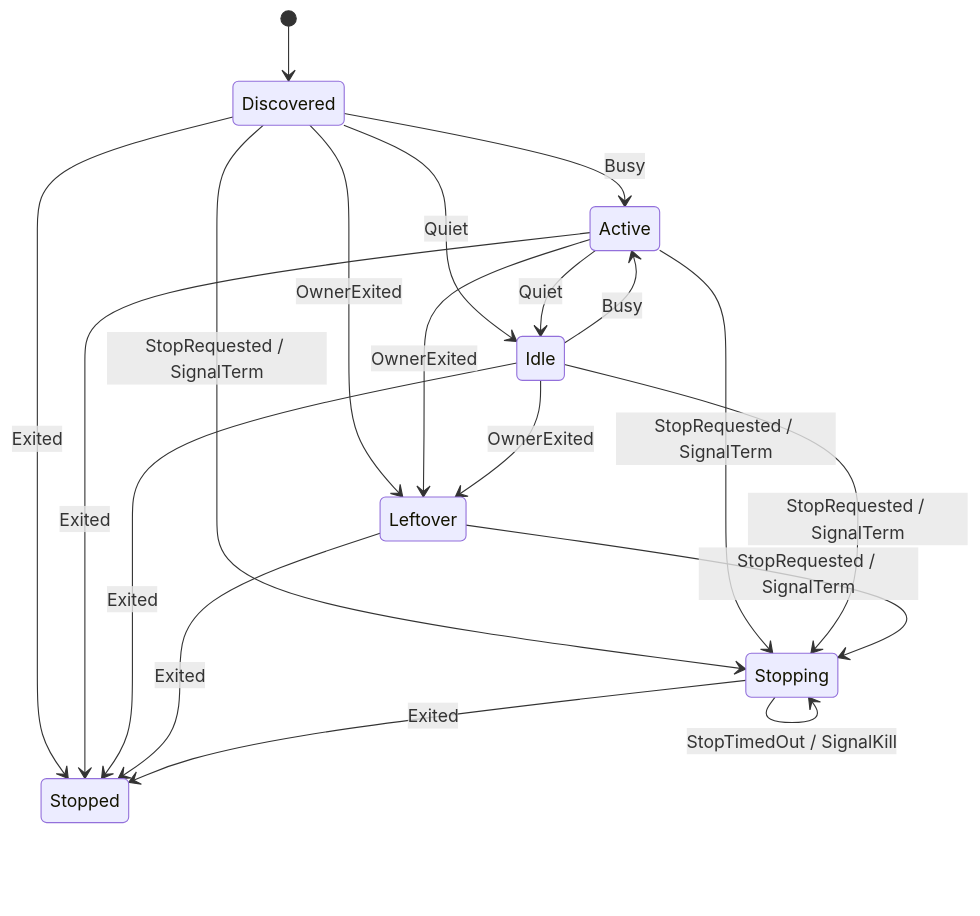
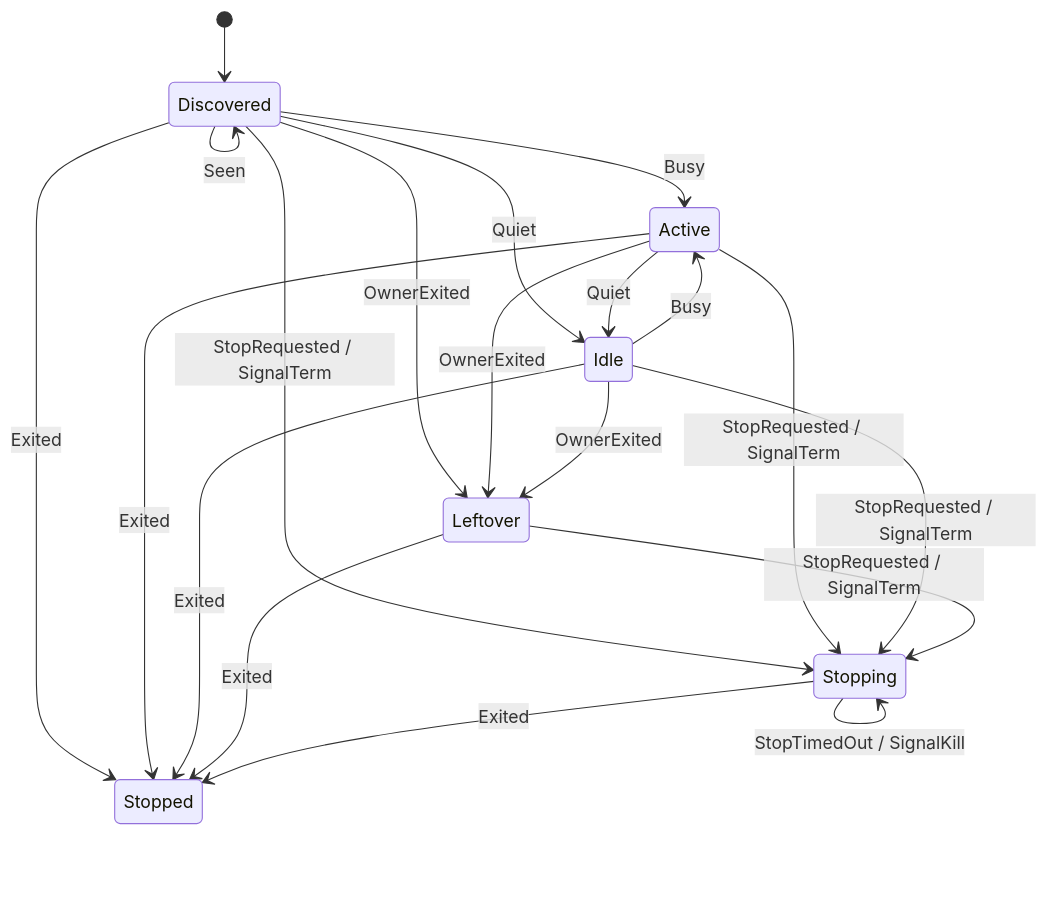
One commit to WesleyBLDC/berth changed the seventh of 10 diagrams in ARCHITECTURE.md. Above: the diagram before and after it, drawn with Mermaid. The commit also changed other lines of this file and 2 other files, not shown here.

Commit message:
Record M3 in the architecture and the plan's exit notes, with an argument canary in the berth top end to end test

````diff
--- a/ARCHITECTURE.md
+++ b/ARCHITECTURE.md
@@ -286,21 +286,22 @@
 ```mermaid
 stateDiagram-v2
   [*] --> Discovered
+  Discovered --> Discovered: Seen
   Discovered --> Active: Busy
   Idle --> Active: Busy
   Discovered --> Idle: Quiet
   Active --> Idle: Quiet
   Discovered --> Leftover: OwnerExited
   Active --> Leftover: OwnerExited
   Idle --> Leftover: OwnerExited
   Discovered --> Stopping: StopRequested / SignalTerm
   Active --> Stopping: StopRequested / SignalTerm
   Idle --> Stopping: StopRequested / SignalTerm
   Leftover --> Stopping: StopRequested / SignalTerm
   Stopping --> Stopping: StopTimedOut / SignalKill
   Discovered --> Stopped: Exited
   Active --> Stopped: Exited
   Idle --> Stopped: Exited
   Leftover --> Stopped: Exited
   Stopping --> Stopped: Exited
 ```
````
